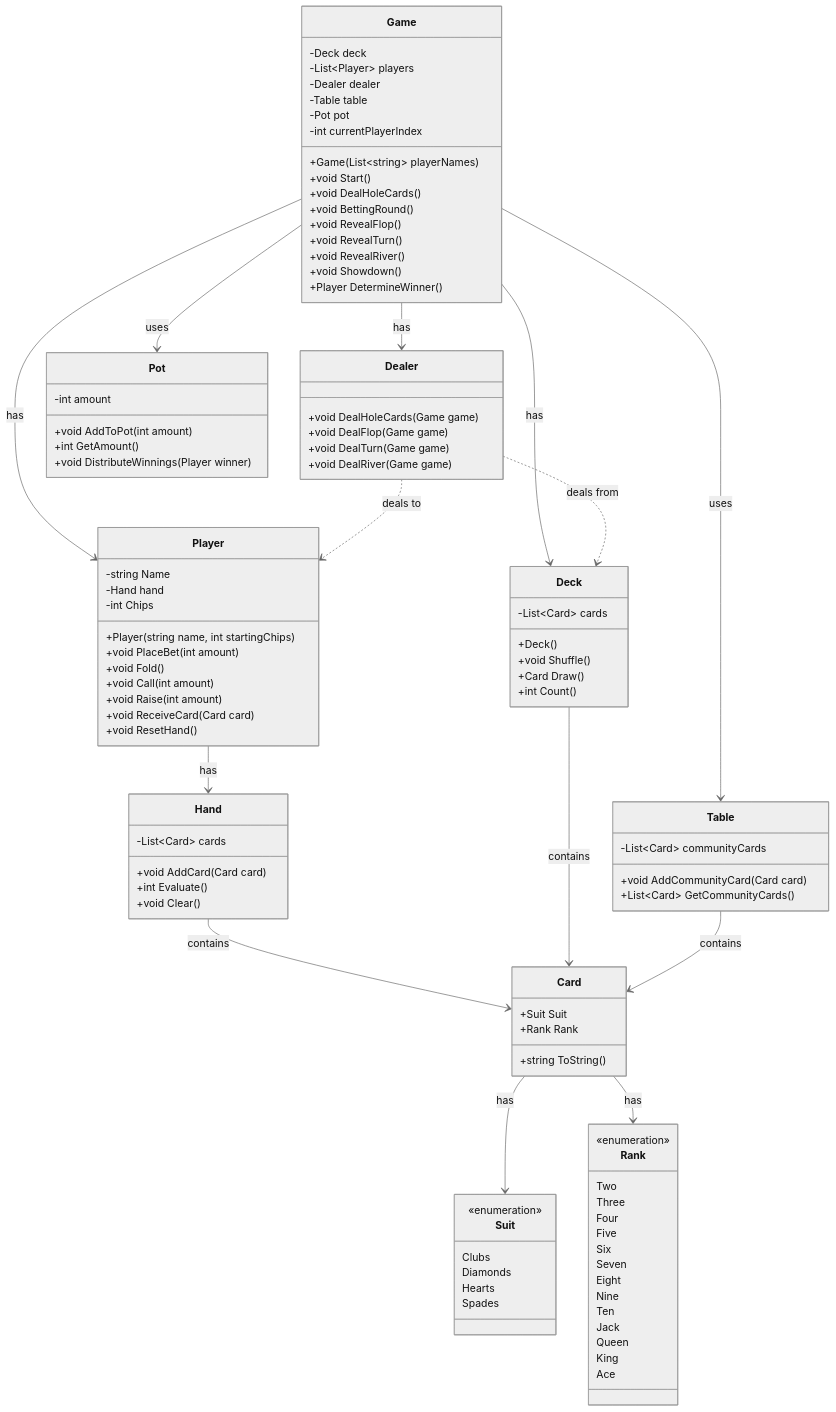
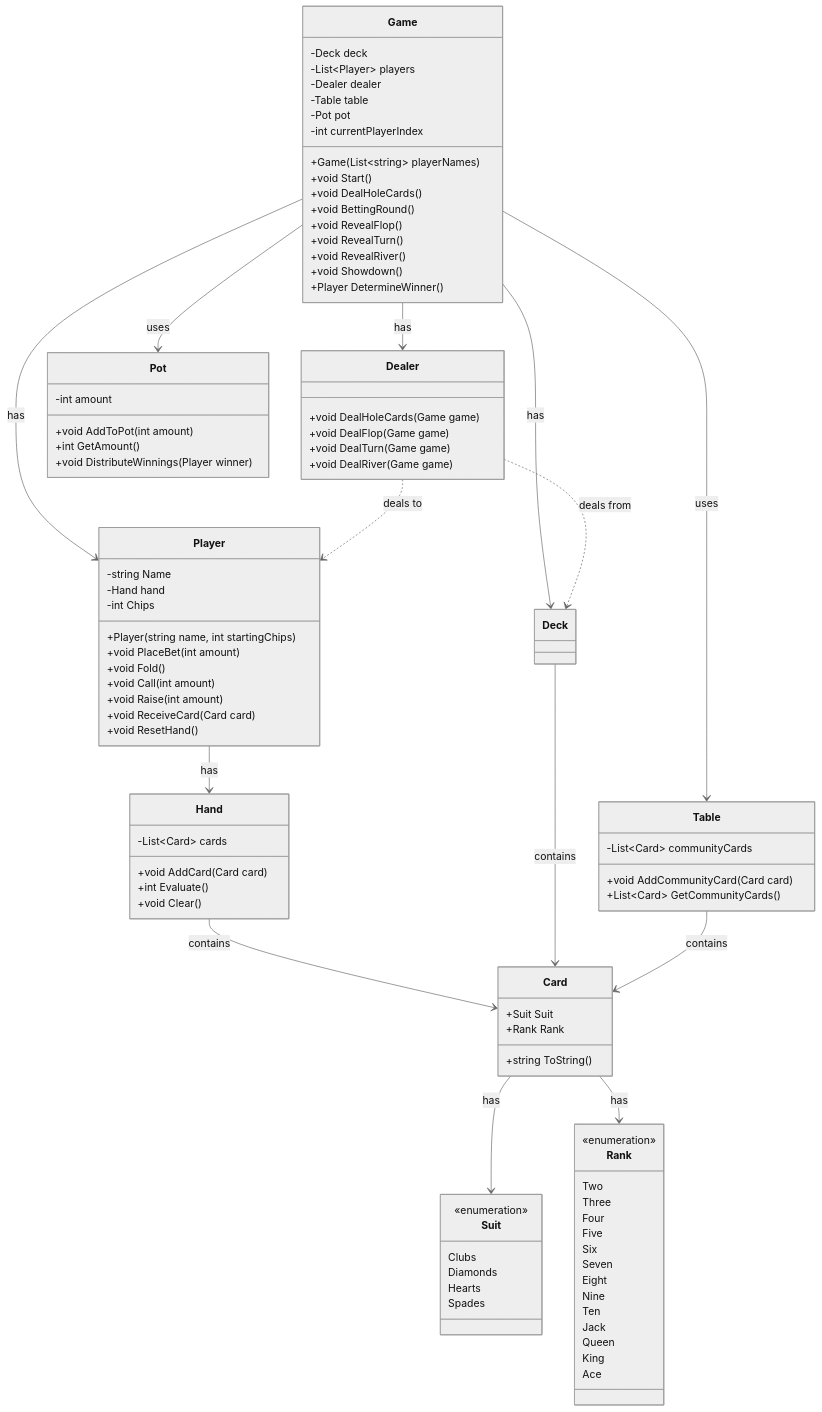
The fifth of 6 diagrams in README.md (maysamgamini/bellotalabs-interview), drawn with Mermaid (neutral theme) before and after one commit. The commit also changed other lines of this file, not shown here.

```diff
--- a/README.md
+++ b/README.md
@@ -298,14 +298,6 @@
         +void DealFlop(Game game)
         +void DealTurn(Game game)
         +void DealRiver(Game game)
-    }
-
-    class Deck {
-        -List~Card~ cards
-        +Deck()
-        +void Shuffle()
-        +Card Draw()
-        +int Count()
     }
 
     class Table {
```
